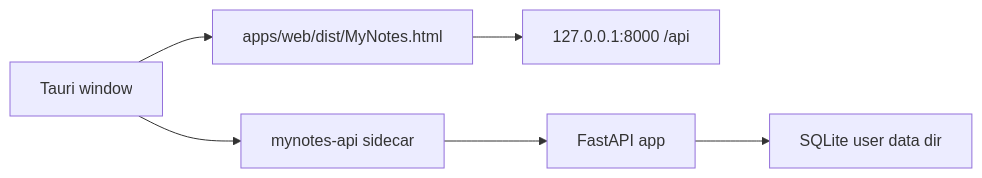
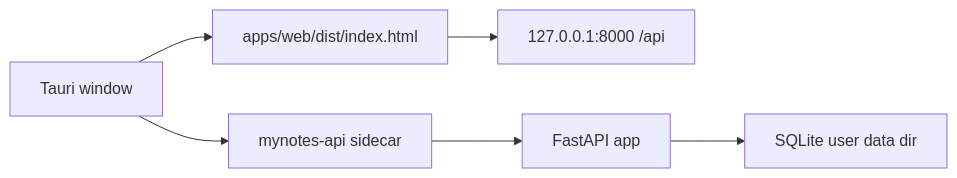
The second of 2 diagrams in docs/architecture.md (ab2956955606-cmyk/Planix), drawn with Mermaid before and after one commit. The commit also changed other lines of this file and 29 other files, not shown here.

````diff
--- a/docs/architecture.md
+++ b/docs/architecture.md
@@ -40,8 +40,8 @@
 ```mermaid
 flowchart LR
-  T["Tauri window"] --> W["apps/web/dist/MyNotes.html"]
+  T["Tauri window"] --> W["apps/web/dist/index.html"]
   W --> API["127.0.0.1:8000 /api"]
   T --> S["mynotes-api sidecar"]
   S --> F["FastAPI app"]
   F --> DB["SQLite user data dir"]
 ```
````
